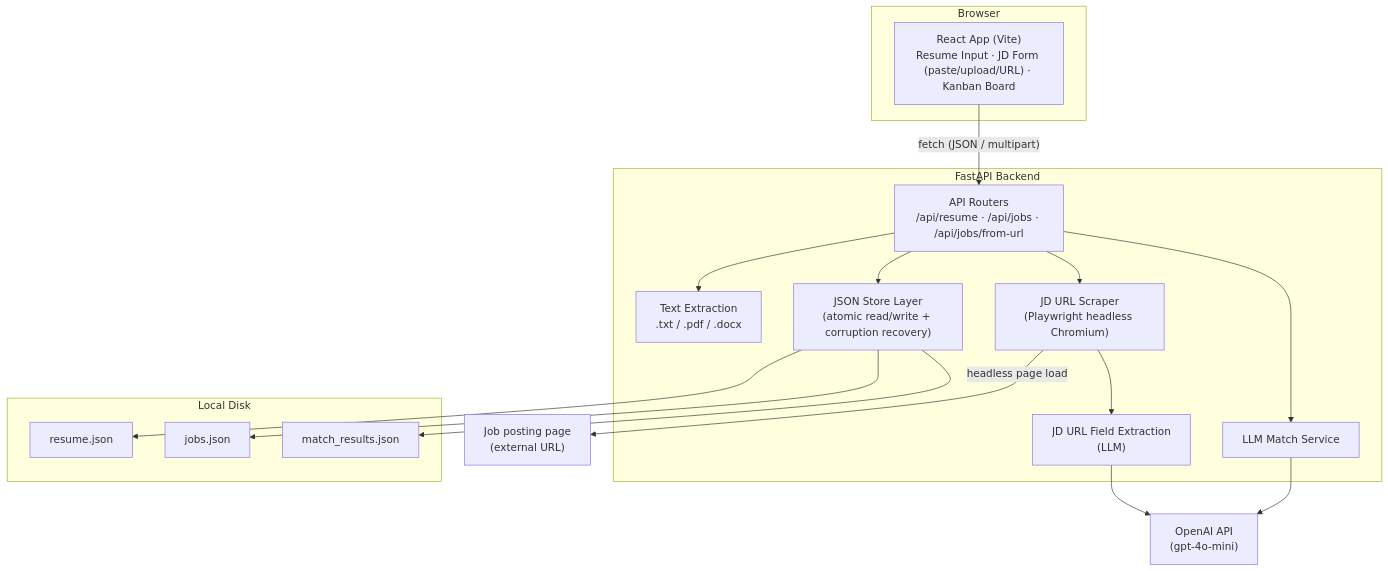
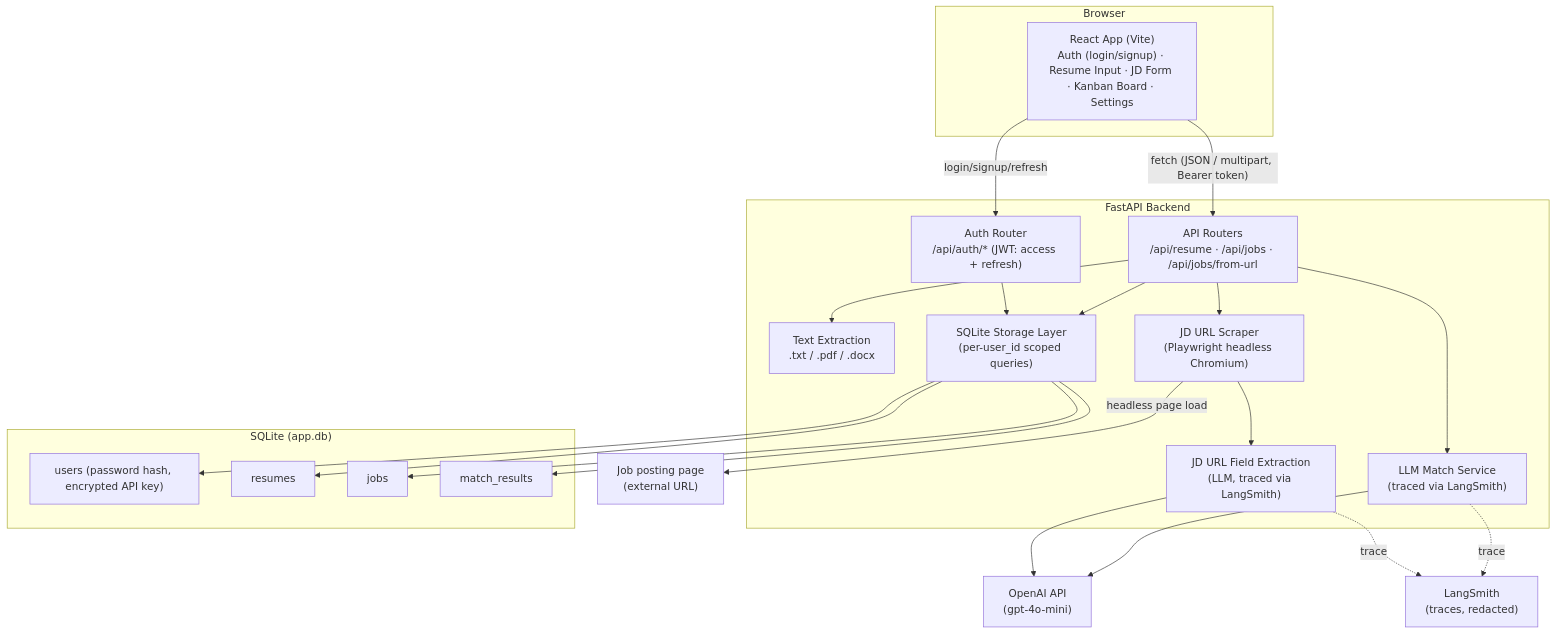
One commit to evasun8/resume-job-match-tracker changed the first of 3 diagrams in README.md. Above: the diagram before and after it, drawn with Mermaid. The commit also changed other lines of this file and 1 other file, not shown here.

First line of the commit message:
Update README and PROJECT_STORY for CI/CD, HTTPS, and LangSmith

````diff
--- a/README.md
+++ b/README.md
@@ -9,37 +9,45 @@
 ```mermaid
 graph TD
     subgraph Client["Browser"]
-        UI["React App (Vite)<br/>Resume Input · JD Form (paste/upload/URL) · Kanban Board"]
+        UI["React App (Vite)<br/>Auth (login/signup) · Resume Input · JD Form · Kanban Board · Settings"]
     end
 
     subgraph Server["FastAPI Backend"]
+        Auth["Auth Router<br/>/api/auth/* (JWT: access + refresh)"]
         API["API Routers<br/>/api/resume · /api/jobs · /api/jobs/from-url"]
         Extract["Text Extraction<br/>.txt / .pdf / .docx"]
         Scraper["JD URL Scraper<br/>(Playwright headless Chromium)"]
-        UrlExtract["JD URL Field Extraction<br/>(LLM)"]
-        Match["LLM Match Service"]
-        Store["JSON Store Layer<br/>(atomic read/write + corruption recovery)"]
+        UrlExtract["JD URL Field Extraction<br/>(LLM, traced via LangSmith)"]
+        Match["LLM Match Service<br/>(traced via LangSmith)"]
+        Store["SQLite Storage Layer<br/>(per-user_id scoped queries)"]
     end
 
-    subgraph Disk["Local Disk"]
-        R["resume.json"]
-        J["jobs.json"]
-        M["match_results.json"]
+    subgraph DB["SQLite (app.db)"]
+        U["users (password hash, encrypted API key)"]
+        R["resumes"]
+        J["jobs"]
+        M["match_results"]
     end
 
     LLM["OpenAI API<br/>(gpt-4o-mini)"]
     Web["Job posting page<br/>(external URL)"]
+    LS["LangSmith<br/>(traces, redacted)"]
 
-    UI -- "fetch (JSON / multipart)" --> API
+    UI -- "fetch (JSON / multipart, Bearer token)" --> API
+    UI -- "login/signup/refresh" --> Auth
+    Auth --> Store
     API --> Extract
     API --> Store
     API --> Match
     API --> Scraper
     Scraper -- "headless page load" --> Web
     Scraper --> UrlExtract
     UrlExtract --> LLM
+    UrlExtract -.trace.-> LS
     Match --> LLM
+    Match -.trace.-> LS
+    Store --> U
     Store --> R
     Store --> J
     Store --> M
 ```
````
